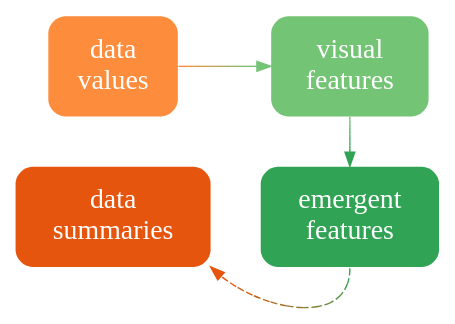
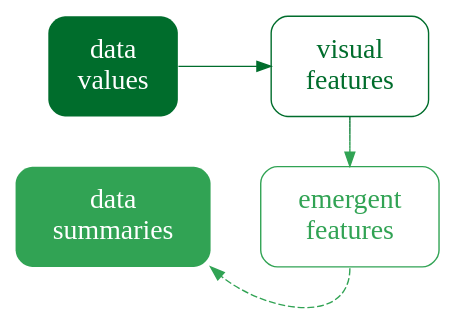
Before and after one commit to pmur002/hdvw: the diagram in Diagrams/data-vis-vis-stat-only.dot, drawn with Graphviz. The commit also changed 78 other files, not shown here.

Commit message:
switch to all-same-base-colour for Diagrams

```diff
--- a/Diagrams/data-vis-vis-stat-only.dot
+++ b/Diagrams/data-vis-vis-stat-only.dot
@@ -1,15 +1,15 @@
 digraph {
   graph [ rankdir=LR; margin=.2; nodesep=.5 ];
   node [ fontsize=20; fontname="sans bold"; margin=.2 ];
-  data [ label="data\nvalues"; shape=box; style="filled, rounded"; penwidth=0; fontcolor=white; fillcolor="#FD8D3C" ]
-  stat [ label="data\nsummaries"; shape=box; style="filled, rounded"; penwidth=0; fontcolor=white; fillcolor="#E6550D" ]
+  data [ label="data\nvalues"; shape=box; style="filled, rounded"; penwidth=0; fontcolor=white; fillcolor="#006D2C" ]
+  stat [ label="data\nsummaries"; shape=box; style="filled, rounded"; penwidth=0; fontcolor=white; fillcolor="#31A354" ]
   vis [ label="visual\nfeatures"; shape=box;
-     style="filled, rounded"; penwidth=0; fontcolor=white; fillcolor="#74C476" ]
+     style="rounded"; color="#006D2C"; fontcolor="#006D2C" ]
   add [ label="emergent\nfeatures"; shape=box;
-     style="filled, rounded"; penwidth=0; fontcolor=white; fillcolor="#31A354" ]
-  data -> vis [ color="#FD8D3C;0.1:#EE9342;0.1:#DF9949;0.1:#CF9F4F;0.1:#C0A556;0.1:#B1AC5C;0.1:#A2B263;0.1:#92B869;0.1:#83BE70;0.1:#74C476;0.1" ]
-  vis -> add [ color="#74C476;0.1:#6DC072;0.1:#65BD6E;0.1:#5EB96B;0.1:#56B567;0.1:#4FB263;0.1:#47AE5F;0.1:#40AA5C;0.1:#38A758;0.1:#31A354;0.1" ]
-  add:s -> stat:se [ style="dashed", color="#31A354;0.1:#459A4C;0.1:#599244;0.1:#6D893C;0.1:#818034;0.1:#96782D;0.1:#AA6F25;0.1:#BE661D;0.1:#D25E15;0.1:#E6550D;0.1" ]
+     style="rounded"; color="#31A354"; fontcolor="#31A354" ]
+  data -> vis [ style="bold"; penwidth=1; color="#006D2C" ]
+  vis -> add [ style="solid", color="#006D2C;0.1:#057330;0.1:#0B7935;0.1:#107F39;0.1:#16853E;0.1:#1B8B42;0.1:#219147;0.1:#26974B;0.1:#2C9D50;0.1:#31A354;0.1" ]
+  add:s -> stat:se [ style="dashed", color="#31A354" ]
 { rank=same; data, stat }
 { rank=same; vis, add }
 }
```
